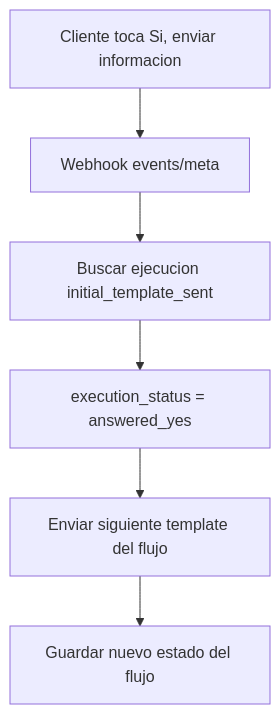
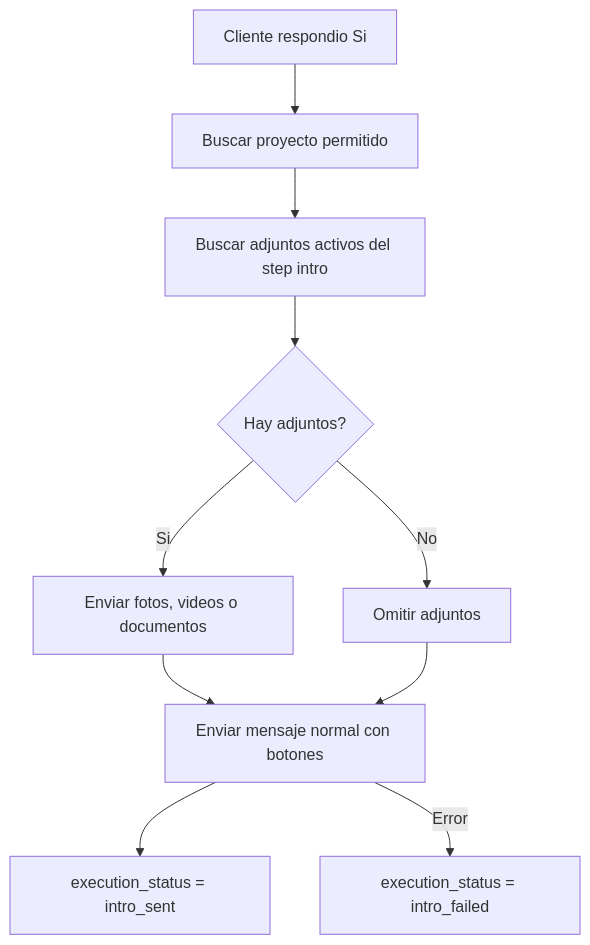
One commit to roccacr/CRM_VENTAS changed the sixth of 7 diagrams in README.md. Above: the diagram before and after it, drawn with Mermaid. The commit also changed other lines of this file and 15 other files, not shown here.

````diff
--- a/README.md
+++ b/README.md
@@ -446,8 +393,12 @@
 ```mermaid
 flowchart TD
-  A["Cliente toca Si, enviar informacion"] --> B["Webhook events/meta"]
-  B --> C["Buscar ejecucion initial_template_sent"]
-  C --> D["execution_status = answered_yes"]
-  D --> E["Enviar siguiente template del flujo"]
-  E --> F["Guardar nuevo estado del flujo"]
+  A["Cliente respondio Si"] --> B["Buscar proyecto permitido"]
+  B --> C["Buscar adjuntos activos del step intro"]
+  C --> D{"Hay adjuntos?"}
+  D -- "Si" --> E["Enviar fotos, videos o documentos"]
+  D -- "No" --> F["Omitir adjuntos"]
+  E --> G["Enviar mensaje normal con botones"]
+  F --> G
+  G --> H["execution_status = intro_sent"]
+  G -- "Error" --> I["execution_status = intro_failed"]
 ```
````
